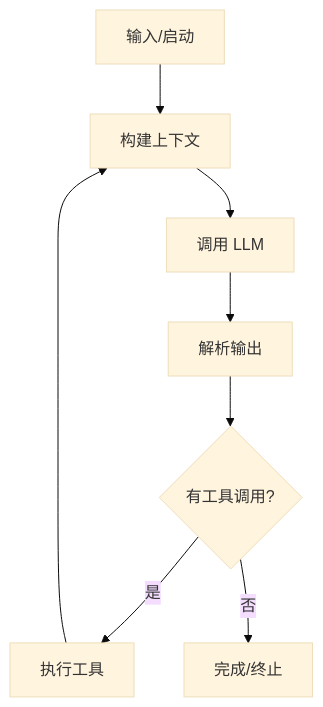
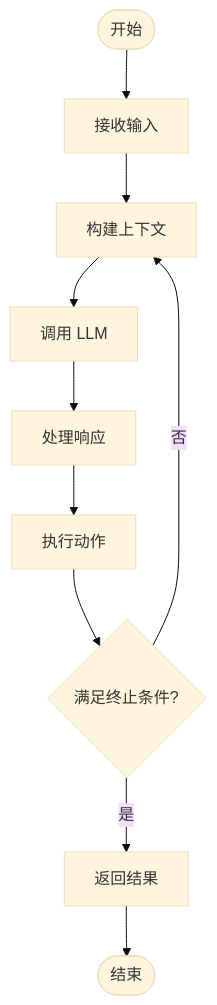
Before and after one commit to XavierZhang2002/ai-agent-framework-analysis: the diagram in BLOG.zh.md, drawn with Mermaid (base theme). The commit also changed other lines of this file and 1 other file, not shown here.

First line of the commit message:
fix(diagram): Make Agent Loop flowchart more generic and abstract

````diff
--- a/BLOG.zh.md
+++ b/BLOG.zh.md
@@ -287,10 +287,12 @@
 ```mermaid
 flowchart TD
-    A[输入/启动] --> B[构建上下文]
-    B --> C[调用 LLM]
-    C --> D[解析输出]
-    D --> E{有工具调用?}
-    E -->|是| F[执行工具]
-    E -->|否| G[完成/终止]
-    F --> B
+    Start([开始]) --> Input[接收输入]
+    Input --> Context[构建上下文]
+    Context --> LLM[调用 LLM]
+    LLM --> Process[处理响应]
+    Process --> Action[执行动作]
+    Action --> Check{满足终止条件?}
+    Check -->|否| Context
+    Check -->|是| Output[返回结果]
+    Output --> End([结束])
 ```
````
